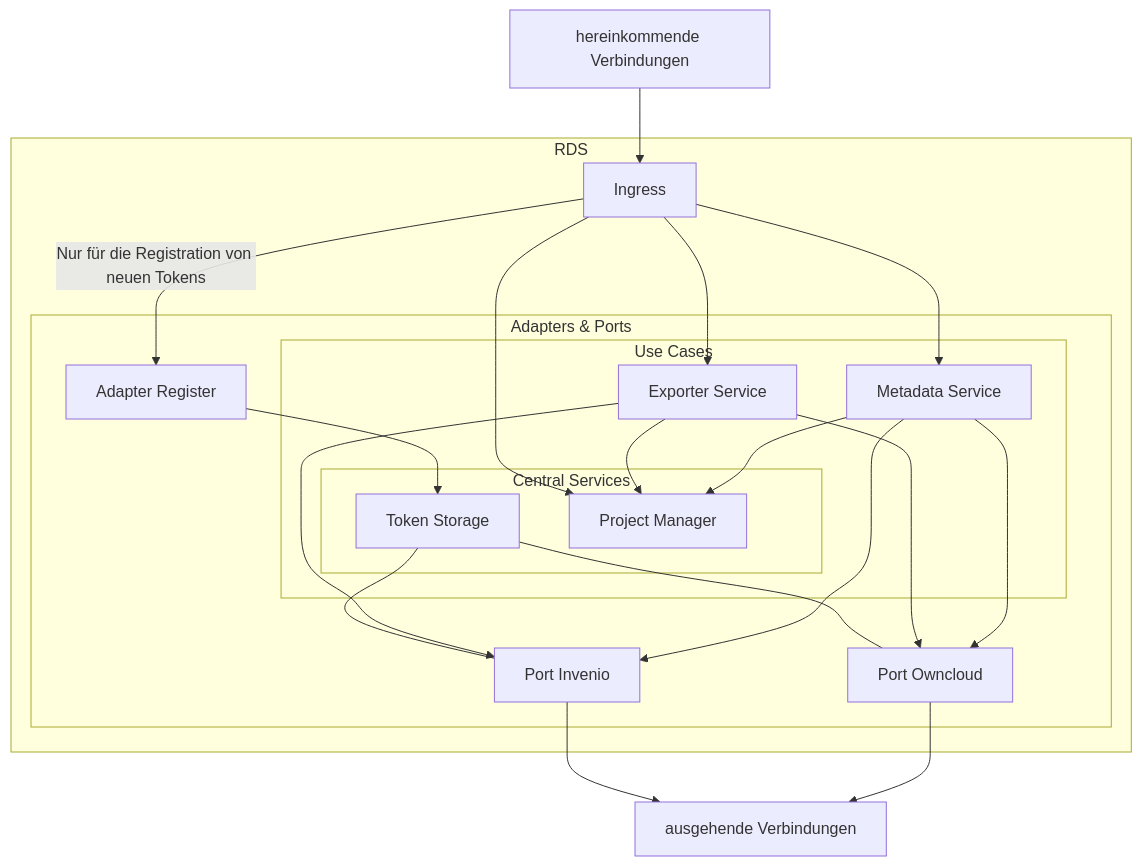
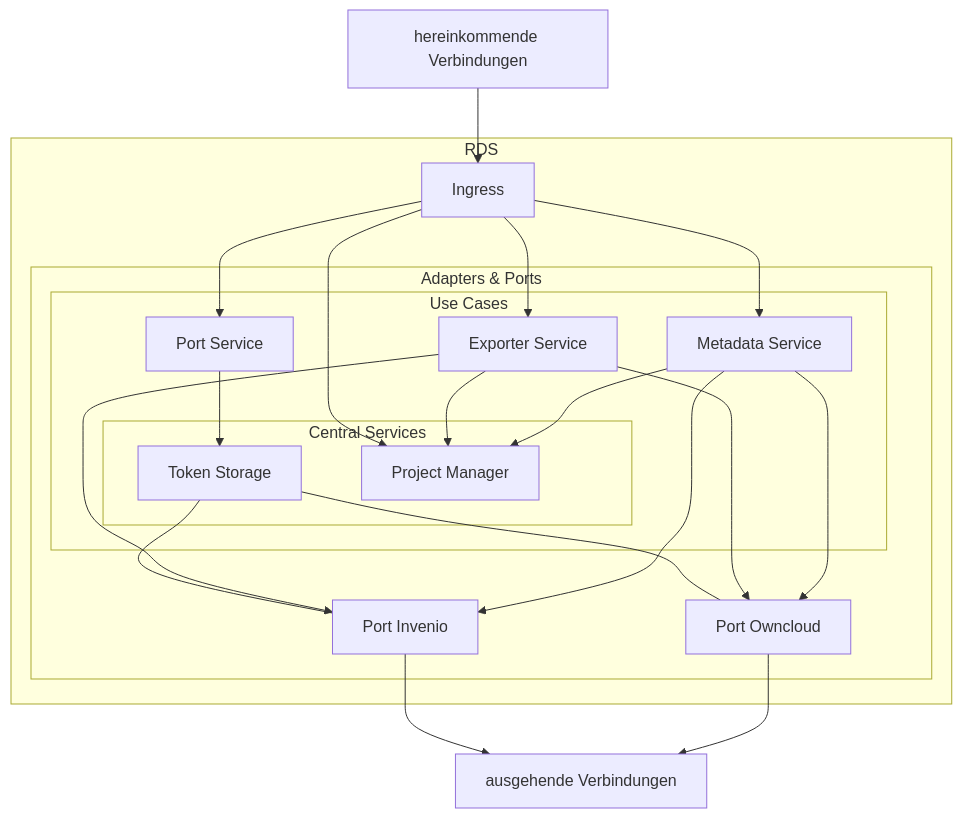
One commit to Sciebo-RDS/Sciebo-RDS changed the diagram in docs/content/doc/arc42/ecosystem.de.md. Above: the diagram before and after it, drawn with Mermaid. The commit also changed other lines of this file and 442 other files, not shown here.

First line of the commit message:
[Plugin] WIP User Interface for service and project management in ownCloud (#18)

````diff
--- a/docs/content/doc/arc42/ecosystem.de.md
+++ b/docs/content/doc/arc42/ecosystem.de.md
@@ -16,63 +16,60 @@
 ```mermaid
 graph TD;
   %% define nodes
 
   WWWI[hereinkommende Verbindungen]
 
   subgraph RDS
     Ingress
 
     subgraph Adapters & Ports
       %% SPAEx[SPA Exporter]
       %% SPATS[SPA Token Storage]
 
       PInvenio[Port Invenio]
       POwncloud[Port Owncloud]
-      ARegister[Adapter Register]
 
       subgraph Use Cases
         UCExporter[Exporter Service]
-        %% UCToken[Token Service]
+        UCPort[Port Service]
         UCMetadata[Metadata Service]
         %% UCProject[Project Service]
 
         subgraph Central Services
           CSToken[Token Storage]
           CSProject[Project Manager]
         end
       end
     end
   end
 
   WWWO[ausgehende Verbindungen]
 
   click SPAEx "/de/doc/impl/adapters/spa-exporter/"
   click SPATS "/de/doc/impl/adapters/spa-token-storage"
   click UCExporter "/de/doc/impl/use-cases/exporter"
-  click UCToken "/de/doc/impl/use-cases/token-service"
-  click CSProject "/de/doc/impl/central/project-manager"
+  click UCPort "/de/doc/impl/use-cases/port-service"
+  click CSProject "/de/doc/impl/central/research-manager"
   click PInvenio "/de/doc/impl/ports/port-invenio"
   click POwncloud "/de/doc/impl/ports/port-storage"
 
   %% define connections
   WWWI --> Ingress
 
   %% Ingress --> SPAEx --> UCExporter
   %% Ingress --> SPATS --> CSToken
-  Ingress -->|Nur für die Registration von neuen Tokens| ARegister
-  Ingress --> CSProject & UCExporter & UCMetadata
-
-  ARegister --> CSToken
+  %% Ingress -->|Nur für die Registration von neuen Tokens| ARegister
+  Ingress --> CSProject & UCExporter & UCMetadata & UCPort
 
   %% UCExporter --> UCProject
   %% UCProject --> CSProject
-  %% UCToken --> CSToken
+  UCPort --> CSToken
 
   CSToken --- PInvenio & POwncloud
   UCExporter & UCMetadata --> PInvenio & POwncloud & CSProject
 
   %% PInvenio --> POwncloud
 
   PInvenio --> WWWO
   POwncloud --> WWWO
 ```
````
